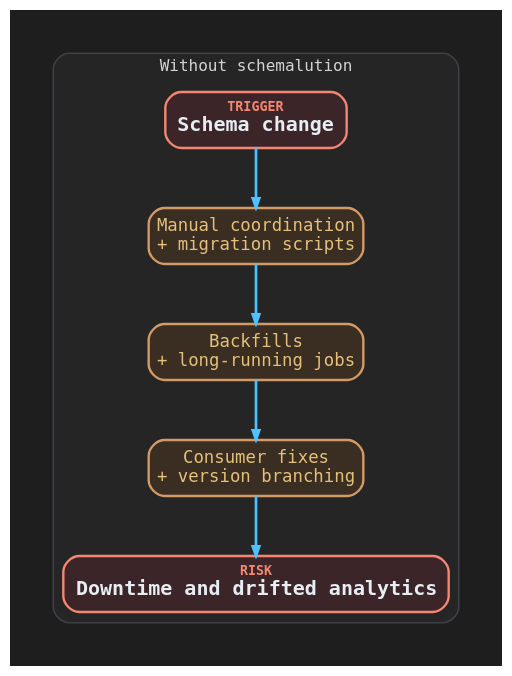
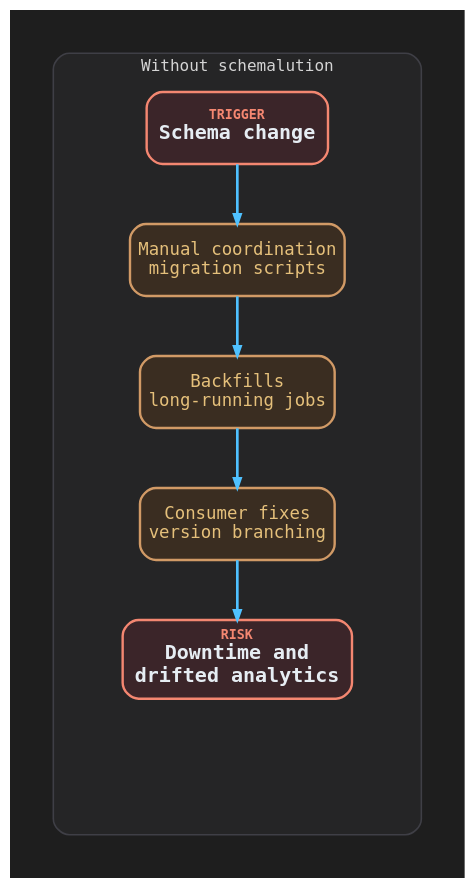
One commit to cronologi/schemalution changed the diagram in assets/diagrams/value-flow-without.dot. Above: the diagram before and after it, drawn with Graphviz. The commit also changed 1 other file, not shown here.

```diff
--- a/assets/diagrams/value-flow-without.dot
+++ b/assets/diagrams/value-flow-without.dot
@@ -1,90 +1,102 @@
 digraph value_flow_without {
   graph [
     rankdir=TB,
     bgcolor="#1E1E1E",
     pad="0.34",
     nodesep="0.45",
     ranksep="0.62",
     fontname="Cascadia Code, DejaVu Sans Mono, Noto Mono",
     fontsize=15
   ];
 
   node [
     shape=box,
     style="rounded,filled",
     penwidth=1.8,
     fontname="Cascadia Code, DejaVu Sans Mono, Noto Mono",
     fontsize=13,
     fontcolor="#E6EDF3",
-    margin="0.12,0.10"
+    margin="0.12,0.10",
+    height=0.75
   ];
 
   edge [
     color="#4FC1FF",
     penwidth=2,
     arrowsize=0.7
   ];
 
   subgraph cluster_without {
     label="Without schemalution";
     labelloc=t;
     labeljust=c;
     fontsize=12;
     fontname="Cascadia Code, DejaVu Sans Mono, Noto Mono";
     fontcolor="#D4D4D4";
     color="#3F3F46";
     fillcolor="#252526";
     style="rounded,filled";
     penwidth=1.2;
 
     W1 [
       label=<
         <TABLE BORDER="0" CELLBORDER="0" CELLPADDING="0" CELLSPACING="0">
           <TR><TD ALIGN="CENTER"><FONT POINT-SIZE="10" COLOR="#F48771"><B>TRIGGER</B></FONT></TD></TR>
           <TR><TD ALIGN="CENTER"><FONT POINT-SIZE="15" COLOR="#E6EDF3"><B>Schema change</B></FONT></TD></TR>
         </TABLE>
       >,
       fillcolor="#3B2529",
       color="#F48771",
       fontcolor="#E6EDF3"
     ];
 
     W2 [
-      label="Manual coordination\n+ migration scripts",
+      label="Manual coordination\nmigration scripts",
       fillcolor="#3A2D21",
       color="#D19A66",
       fontcolor="#E5C07B"
     ];
 
     W3 [
-      label="Backfills\n+ long-running jobs",
+      label="Backfills\nlong-running jobs",
       fillcolor="#3A2D21",
       color="#D19A66",
       fontcolor="#E5C07B"
     ];
 
     W4 [
-      label="Consumer fixes\n+ version branching",
+      label="Consumer fixes\nversion branching",
       fillcolor="#3A2D21",
       color="#D19A66",
       fontcolor="#E5C07B"
     ];
 
     W5 [
       label=<
         <TABLE BORDER="0" CELLBORDER="0" CELLPADDING="0" CELLSPACING="0">
           <TR><TD ALIGN="CENTER"><FONT POINT-SIZE="10" COLOR="#F48771"><B>RISK</B></FONT></TD></TR>
-          <TR><TD ALIGN="CENTER"><FONT POINT-SIZE="15" COLOR="#E6EDF3"><B>Downtime and drifted analytics</B></FONT></TD></TR>
+          <TR><TD ALIGN="CENTER"><FONT POINT-SIZE="15" COLOR="#E6EDF3"><B>Downtime and</B></FONT></TD></TR>
+          <TR><TD ALIGN="CENTER"><FONT POINT-SIZE="15" COLOR="#E6EDF3"><B>drifted analytics</B></FONT></TD></TR>
         </TABLE>
       >,
       fillcolor="#3B2529",
       color="#F48771",
       fontcolor="#E6EDF3"
+    ];
+
+    W6 [
+      label="",
+      shape=box,
+      style=invis,
+      width=3.6,
+      height=0.68,
+      fixedsize=true
     ];
   }
 
   W1 -> W2;
   W2 -> W3;
   W3 -> W4;
   W4 -> W5;
+  W5 -> W6 [style=invis, weight=12];
 }
```
